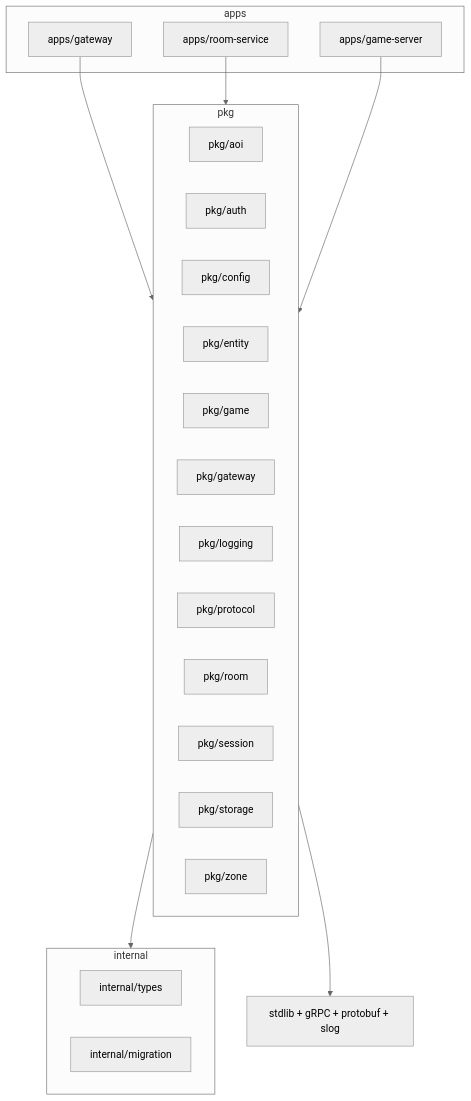
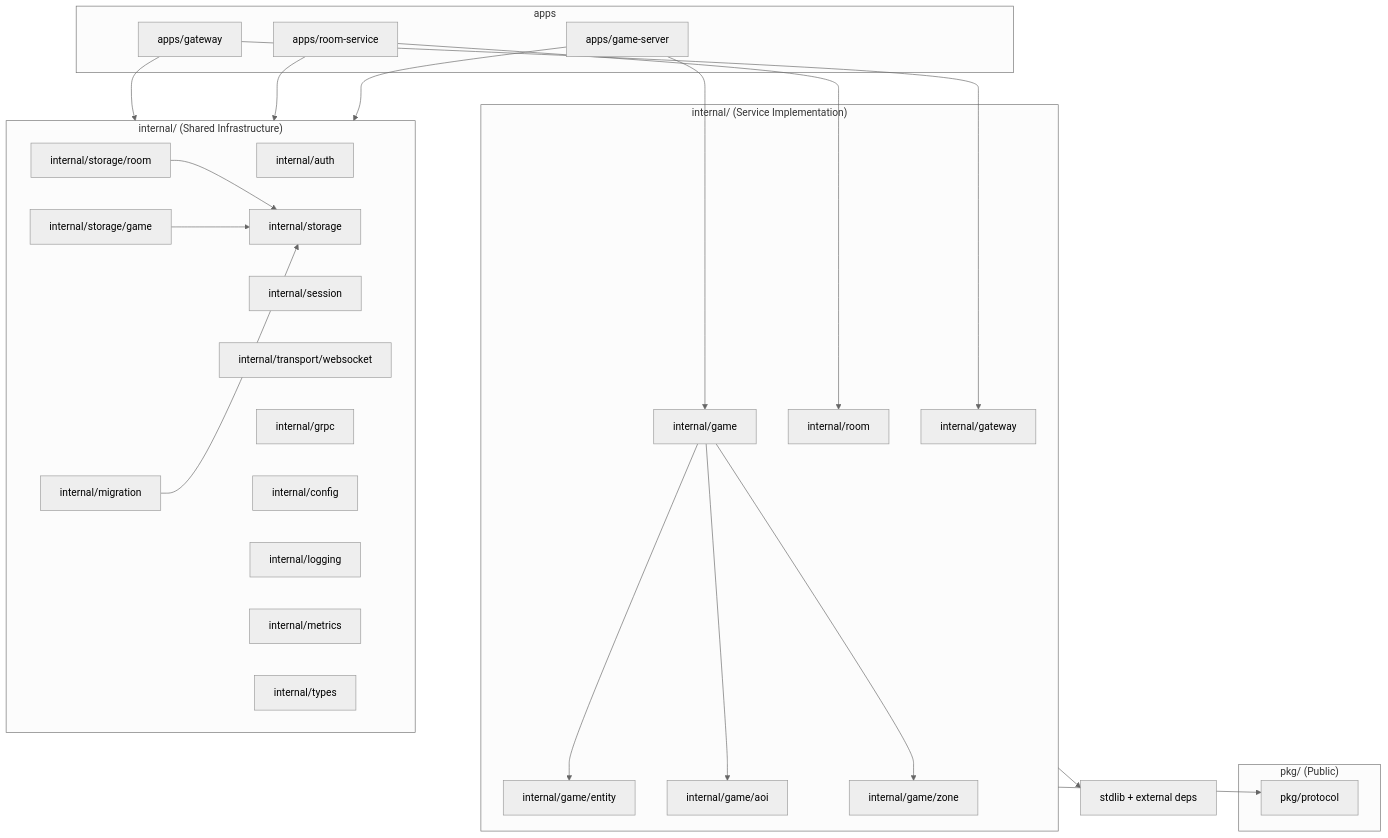
One commit to thaolaptrinh/spatial-server changed the diagram in docs/architecture/repository-structure.md. Above: the diagram before and after it, drawn with Mermaid (neutral theme). The commit also changed other lines of this file and 9 other files, not shown here.

````diff
--- a/docs/architecture/repository-structure.md
+++ b/docs/architecture/repository-structure.md
@@ -149,34 +145,51 @@
 ```mermaid
 graph TB
     subgraph apps
         GATEWAY[apps/gateway]
         ROOM[apps/room-service]
         GAME[apps/game-server]
     end
 
-    subgraph pkg
-        AOI[pkg/aoi]
-        AUTH[pkg/auth]
-        CONFIG[pkg/config]
-        ENTITY[pkg/entity]
-        GAME_PKG[pkg/game]
-        GATEWAY_PKG[pkg/gateway]
-        LOGGING[pkg/logging]
-        PROTOCOL[pkg/protocol]
-        ROOM_PKG[pkg/room]
-        SESSION[pkg/session]
-        STORAGE[pkg/storage]
-        ZONE[pkg/zone]
+    subgraph service_impl["internal/ (Service Implementation)"]
+        GATEWAY_IMPL[internal/gateway]
+        ROOM_IMPL[internal/room]
+        GAME_IMPL[internal/game]
+        GAME_ENTITY[internal/game/entity]
+        GAME_AOI[internal/game/aoi]
+        GAME_ZONE[internal/game/zone]
     end
 
-    subgraph internal
+    subgraph shared_infra["internal/ (Shared Infrastructure)"]
+        AUTH[internal/auth]
+        SESSION[internal/session]
+        STORAGE[internal/storage]
+        STORAGE_ROOM[internal/storage/room]
+        STORAGE_GAME[internal/storage/game]
+        TRANSPORT[internal/transport/websocket]
+        GRPC_INTER[internal/grpc]
+        CONFIG[internal/config]
+        LOGGING[internal/logging]
+        METRICS[internal/metrics]
         TYPES[internal/types]
         MIGRATION[internal/migration]
     end
 
-    GATEWAY --> pkg
-    ROOM --> pkg
-    GAME --> pkg
-    pkg --> internal
-    pkg --> STDLIB[stdlib + gRPC + protobuf + slog]
+    subgraph pkg_public["pkg/ (Public)"]
+        PROTOCOL[pkg/protocol]
+    end
+
+    GATEWAY --> GATEWAY_IMPL
+    GATEWAY --> shared_infra
+    ROOM --> ROOM_IMPL
+    ROOM --> shared_infra
+    GAME --> GAME_IMPL
+    GAME --> shared_infra
+    GAME_IMPL --> GAME_ENTITY
+    GAME_IMPL --> GAME_AOI
+    GAME_IMPL --> GAME_ZONE
+    service_impl --> PROTOCOL
+    STORAGE_ROOM --> STORAGE
+    STORAGE_GAME --> STORAGE
+    MIGRATION --> STORAGE
+    service_impl --> STDLIB[stdlib + external deps]
 ```
````
